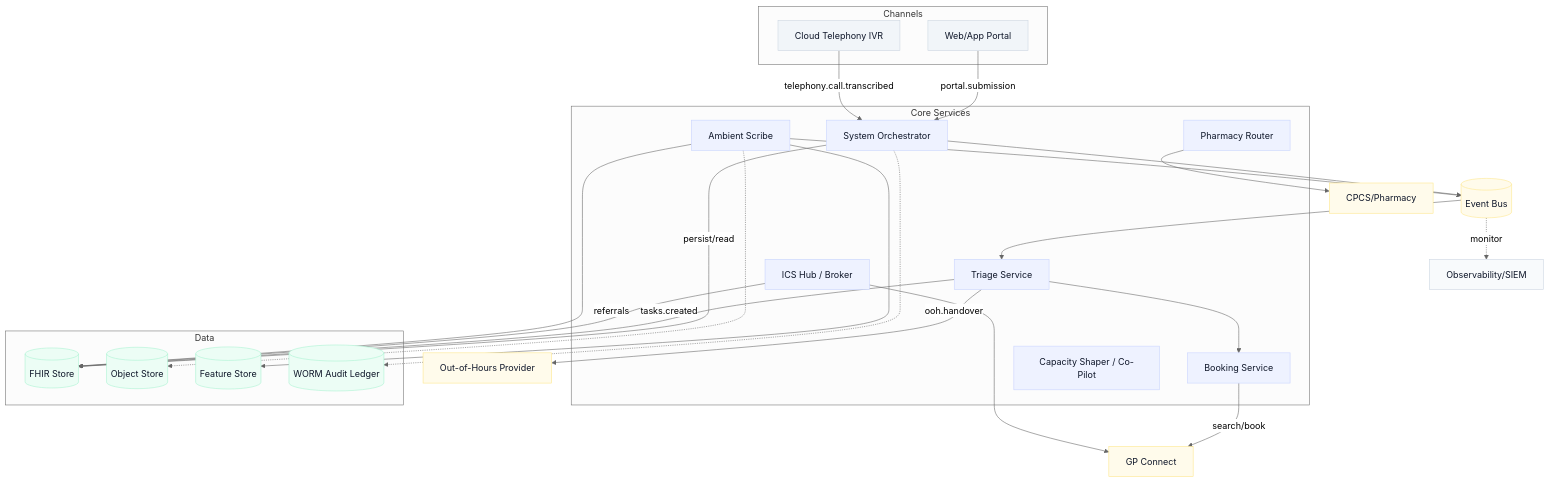
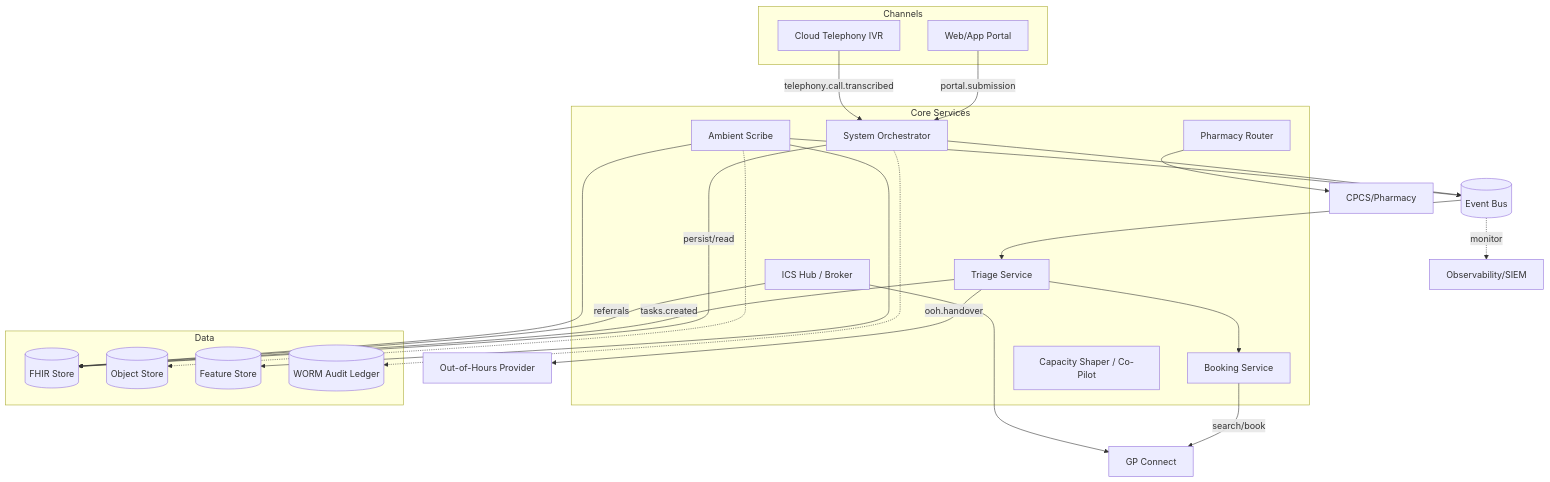
The first of 12 diagrams in Algorithm.md (georgeahmed/onecare), drawn with Mermaid before and after one commit. The commit also changed other lines of this file, not shown here.

````diff
--- a/Algorithm.md
+++ b/Algorithm.md
@@ -130,62 +130,49 @@
 ```mermaid
-%%{init: {'theme':'neutral'}}%%
 graph TD
   subgraph Channels
     P[Web/App Portal]
     T[Cloud Telephony IVR]
   end
 
   subgraph Core Services
     O[System Orchestrator]
     TR[Triage Service]
     BK[Booking Service]
     PH[Pharmacy Router]
     CS[Capacity Shaper / Co-Pilot]
     SC[Ambient Scribe]
     ICS[ICS Hub / Broker]
   end
 
   subgraph Data
     FHIR[(FHIR Store)]
     OBJ[(Object Store)]
     FEAT[(Feature Store)]
     AUD[(WORM Audit Ledger)]
   end
 
   EB[(Event Bus)]
   OBS[Observability/SIEM]
   GP[GP Connect]
   CPCS[CPCS/Pharmacy]
   OOH[Out-of-Hours Provider]
 
   P -->|portal.submission| O
   T -->|telephony.call.transcribed| O
   O -->|persist/read| FHIR
   O --> EB
   EB --> TR
   TR -->|tasks.created| FHIR
   TR --> BK
   BK -->|search/book| GP
   PH --> CPCS
   SC --> EB
   ICS --> GP
   ICS -->|referrals| FHIR
   O -.-> AUD
   EB -.monitor.-> OBS
   TR -->|ooh.handover| OOH
   SC --> FHIR
   SC --> FEAT
   SC -.-> OBJ
-
-  classDef channel fill:#f1f5f9,stroke:#cbd5e1,color:#0f172a;
-  classDef core fill:#eef2ff,stroke:#c7d2fe,color:#0f172a;
-  classDef data fill:#ecfdf5,stroke:#a7f3d0,color:#0f172a;
-  classDef ext fill:#fffbeb,stroke:#fde68a,color:#0f172a;
-  classDef audit fill:#f8fafc,stroke:#cbd5e1,color:#0f172a;
-
-  class P,T channel;
-  class O,TR,BK,PH,CS,SC,ICS core;
-  class FHIR,OBJ,FEAT,AUD data;
-  class EB,GP,CPCS,OOH ext;
-  class OBS audit;
 ```
````
